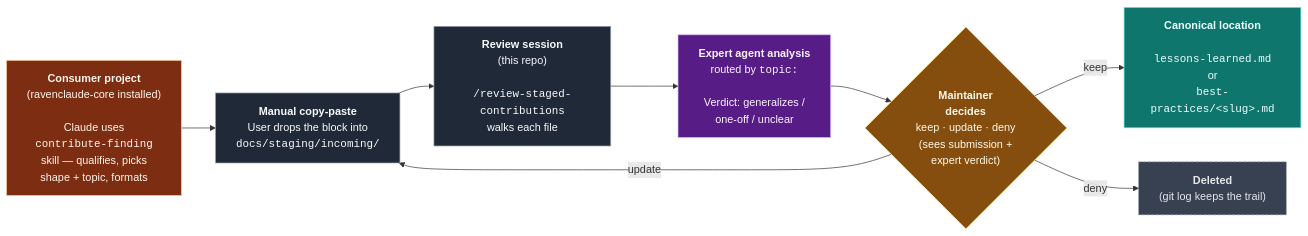
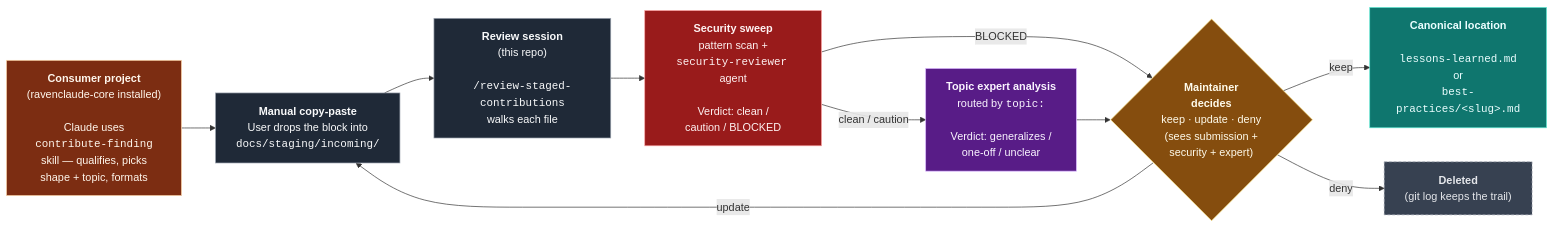
The diagram in docs/staging/README.md (mcorbett51090/RavenClaude), drawn with Mermaid before and after one commit. The commit also changed other lines of this file and 5 other files, not shown here.

````diff
--- a/docs/staging/README.md
+++ b/docs/staging/README.md
@@ -5,31 +5,36 @@
 ```mermaid
 flowchart LR
     consumer["<b>Consumer project</b><br/>(ravenclaude-core installed)<br/><br/>Claude uses<br/><code>contribute-finding</code><br/>skill — qualifies, picks<br/>shape + topic, formats"]
     paste["<b>Manual copy-paste</b><br/>User drops the block into<br/><code>docs/staging/incoming/</code>"]
     review["<b>Review session</b><br/>(this repo)<br/><br/><code>/review-staged-contributions</code><br/>walks each file"]
-    expert["<b>Expert agent analysis</b><br/>routed by <code>topic:</code><br/><br/>Verdict: generalizes /<br/>one-off / unclear"]
-    decision{"<b>Maintainer<br/>decides</b><br/>keep · update · deny<br/>(sees submission +<br/>expert verdict)"}
+    security["<b>Security sweep</b><br/>pattern scan +<br/><code>security-reviewer</code> agent<br/><br/>Verdict: clean /<br/>caution / BLOCKED"]
+    expert["<b>Topic expert analysis</b><br/>routed by <code>topic:</code><br/><br/>Verdict: generalizes /<br/>one-off / unclear"]
+    decision{"<b>Maintainer<br/>decides</b><br/>keep · update · deny<br/>(sees submission +<br/>security + expert)"}
     canonical["<b>Canonical location</b><br/><br/><code>lessons-learned.md</code><br/>or<br/><code>best-practices/&lt;slug&gt;.md</code>"]
     deleted["<b>Deleted</b><br/>(git log keeps the trail)"]
 
     consumer --> paste
     paste --> review
-    review --> expert
+    review --> security
+    security -->|clean / caution| expert
+    security -->|BLOCKED| decision
     expert --> decision
     decision -->|keep| canonical
     decision -->|deny| deleted
     decision -->|update| paste
 
     classDef consumer fill:#7c2d12,stroke:#fed7aa,color:#fff7ed
     classDef stage fill:#1f2937,stroke:#9ca3af,color:#f9fafb
+    classDef security fill:#991b1b,stroke:#fca5a5,color:#fef2f2
     classDef expert fill:#581c87,stroke:#d8b4fe,color:#faf5ff
     classDef gate fill:#854d0e,stroke:#fde68a,color:#fffbeb
     classDef good fill:#0f766e,stroke:#5eead4,color:#ecfeff
     classDef bad fill:#374151,stroke:#9ca3af,color:#e5e7eb,stroke-dasharray: 4 3
     class consumer consumer
     class paste,review stage
+    class security security
     class expert expert
     class decision gate
     class canonical good
     class deleted bad
 ```
````
